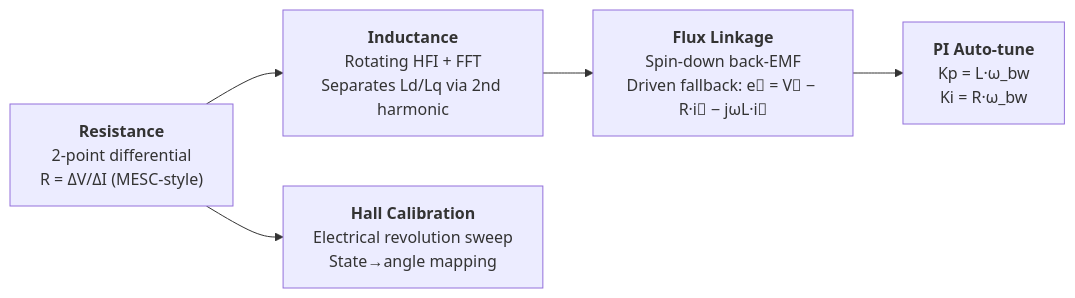
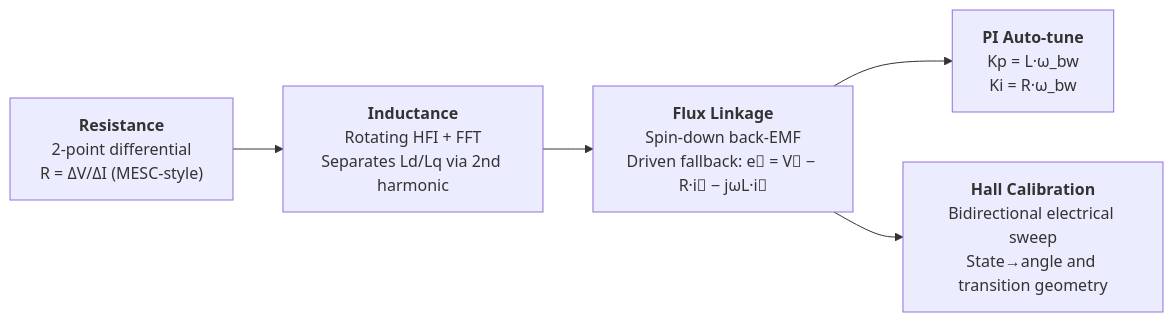
One commit to okhsunrog/oxifoc changed the second of 2 diagrams in README.md. Above: the diagram before and after it, drawn with Mermaid. The commit also changed other lines of this file and 16 other files, not shown here.

````diff
--- a/README.md
+++ b/README.md
@@ -53,7 +53,7 @@
 ```mermaid
 graph LR
     R["<b>Resistance</b><br/>2-point differential<br/>R = ΔV/ΔI (MESC-style)"] --> L["<b>Inductance</b><br/>Rotating HFI + FFT<br/>Separates Ld/Lq via 2nd harmonic"]
     L --> F["<b>Flux Linkage</b><br/>Spin-down back-EMF<br/>Driven fallback: e⃗ = V⃗ − R·i⃗ − jωL·i⃗"]
     F --> PI["<b>PI Auto-tune</b><br/>Kp = L·ω_bw<br/>Ki = R·ω_bw"]
-    R --> Hall["<b>Hall Calibration</b><br/>Electrical revolution sweep<br/>State→angle mapping"]
+    F --> Hall["<b>Hall Calibration</b><br/>Bidirectional electrical sweep<br/>State→angle and transition geometry"]
 ```
````
